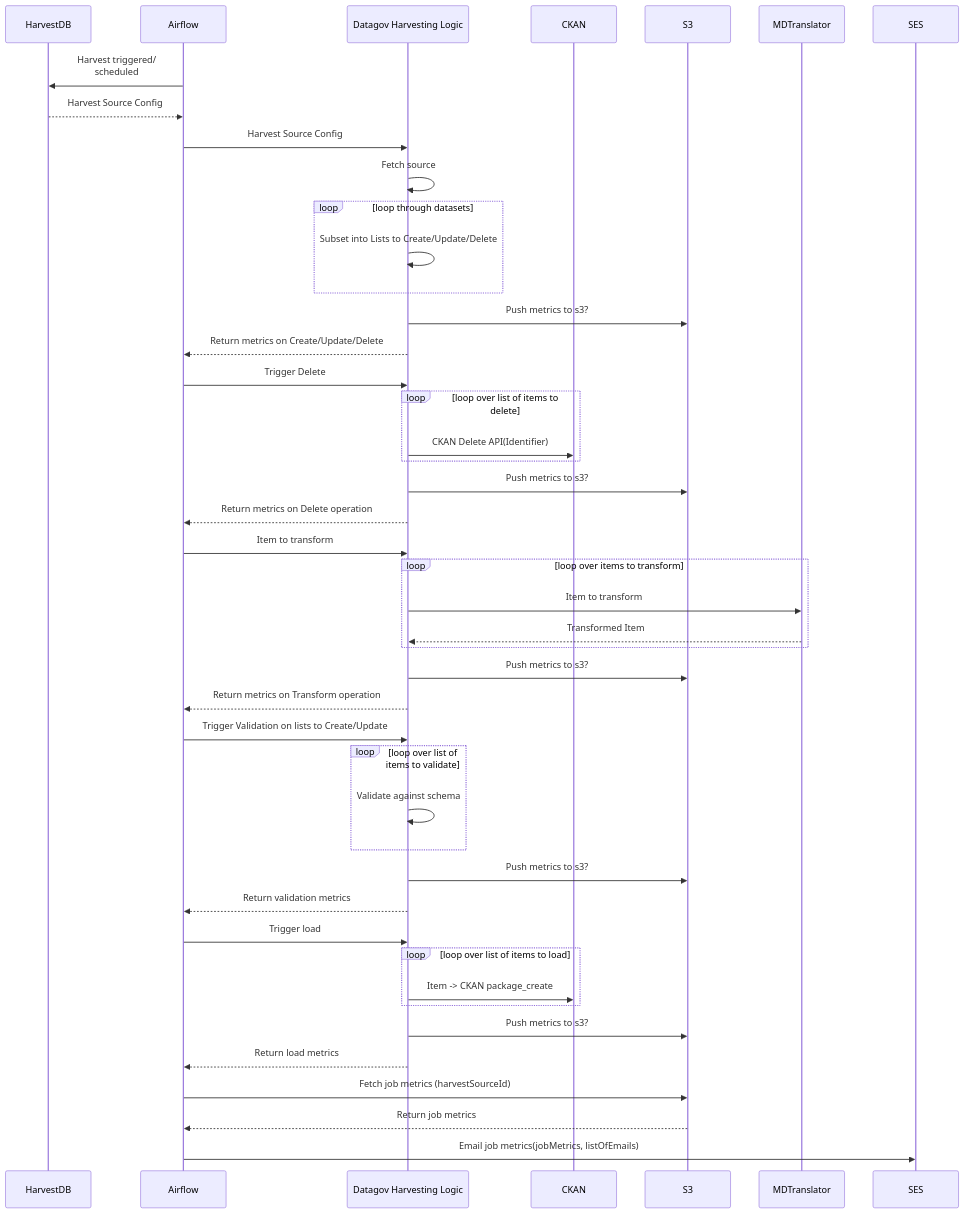
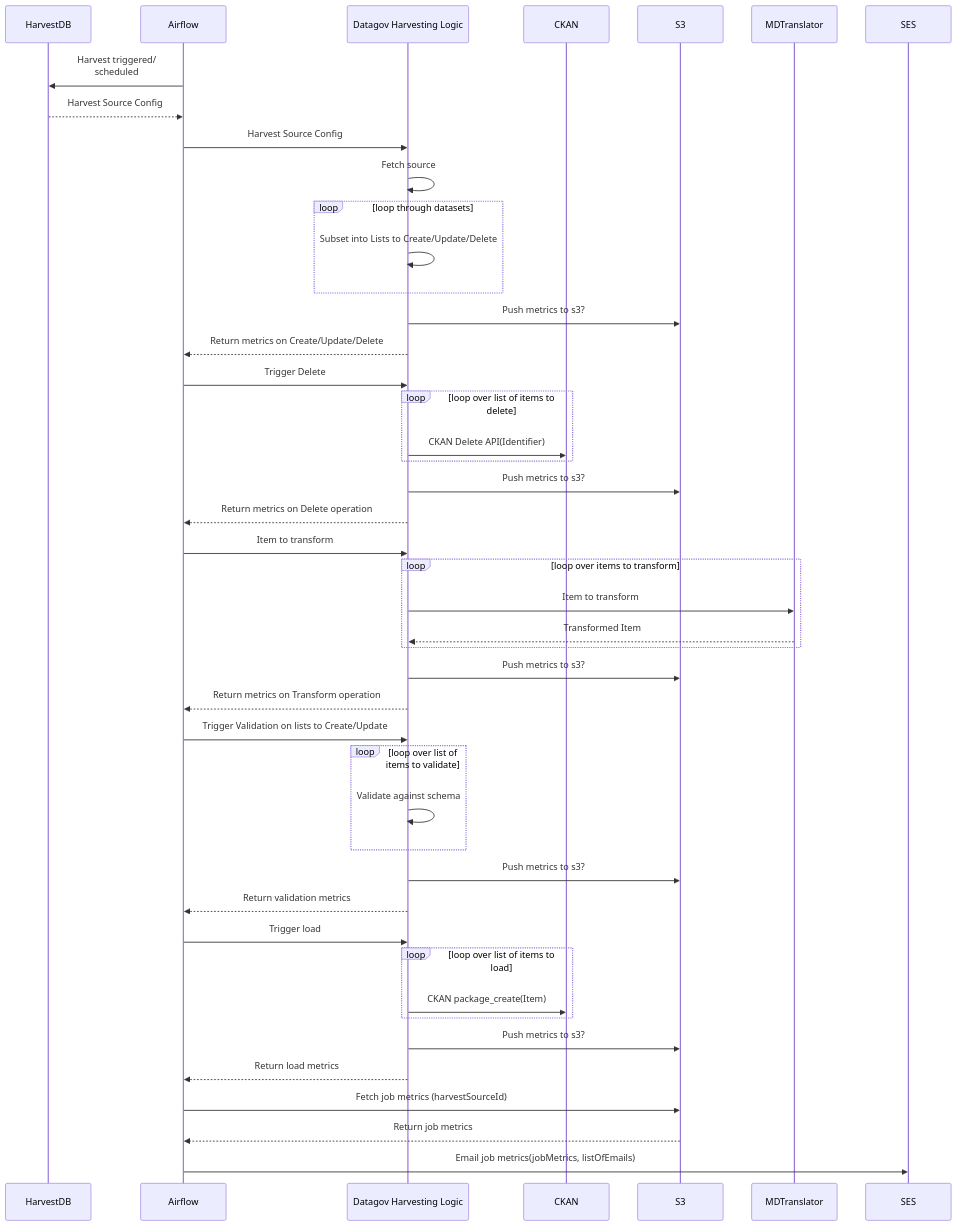
One commit to GSA/datagov-harvester changed the diagram in docs/diagrams/mermaid/src/etl_pipeline.md. Above: the diagram before and after it, drawn with Mermaid. The commit also changed 1 other file, not shown here.

Commit message:
update params

````diff
--- a/docs/diagrams/mermaid/src/etl_pipeline.md
+++ b/docs/diagrams/mermaid/src/etl_pipeline.md
@@ -1,51 +1,51 @@
 ```mermaid
 sequenceDiagram
     participant HDB as HarvestDB
     participant Airflow
     participant DHL as Datagov Harvesting Logic
     participant CKAN
     participant S3
     participant MD as MDTranslator
     participant SES
     Airflow->>HDB: Harvest triggered/<br>scheduled
     HDB-->>Airflow: Harvest Source Config
     Airflow->>DHL: Harvest Source Config
     DHL->>DHL: Fetch source
     loop loop through datasets
         DHL->>DHL: Subset into Lists to Create/Update/Delete
     end
     DHL->>S3: Push metrics to s3?
     DHL-->>Airflow: Return metrics on Create/Update/Delete
     Airflow->>DHL: Trigger Delete
     loop loop over list of items to delete
         DHL->>CKAN: CKAN Delete API(Identifier)
     end
     DHL->>S3: Push metrics to s3?
     DHL-->>Airflow: Return metrics on Delete operation
 
     Airflow->>DHL: Item to transform
     loop loop over items to transform
         DHL->>MD: Item to transform
         MD-->>DHL: Transformed Item
     end
     DHL->>S3: Push metrics to s3?    
     DHL-->>Airflow: Return metrics on Transform operation
 
     Airflow->>DHL: Trigger Validation on lists to Create/Update
     loop loop over list of items to validate
         DHL->>DHL: Validate against schema
     end
     DHL->>S3: Push metrics to s3?    
     DHL-->>Airflow: Return validation metrics
     Airflow->>DHL: Trigger load
     
     loop loop over list of items to load
-        DHL->>CKAN: Item -> CKAN package_create
+        DHL->>CKAN: CKAN package_create(Item)
     end
     DHL->>S3: Push metrics to s3?    
     DHL-->>Airflow: Return load metrics
     Airflow->>S3: Fetch job metrics (harvestSourceId)
     S3-->>Airflow: Return job metrics
     Airflow->>SES: Email job metrics(jobMetrics, listOfEmails)
     
 ```
````
